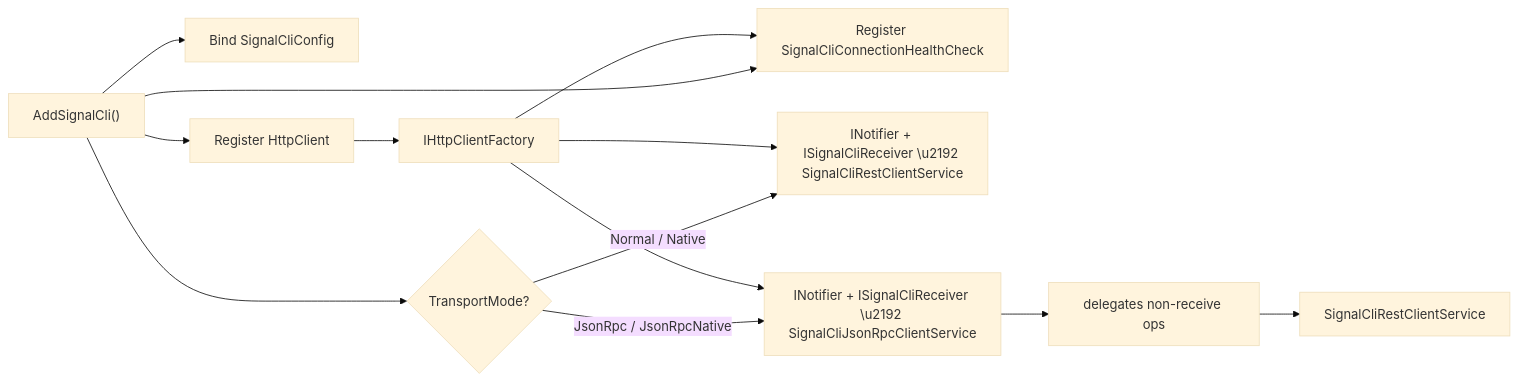
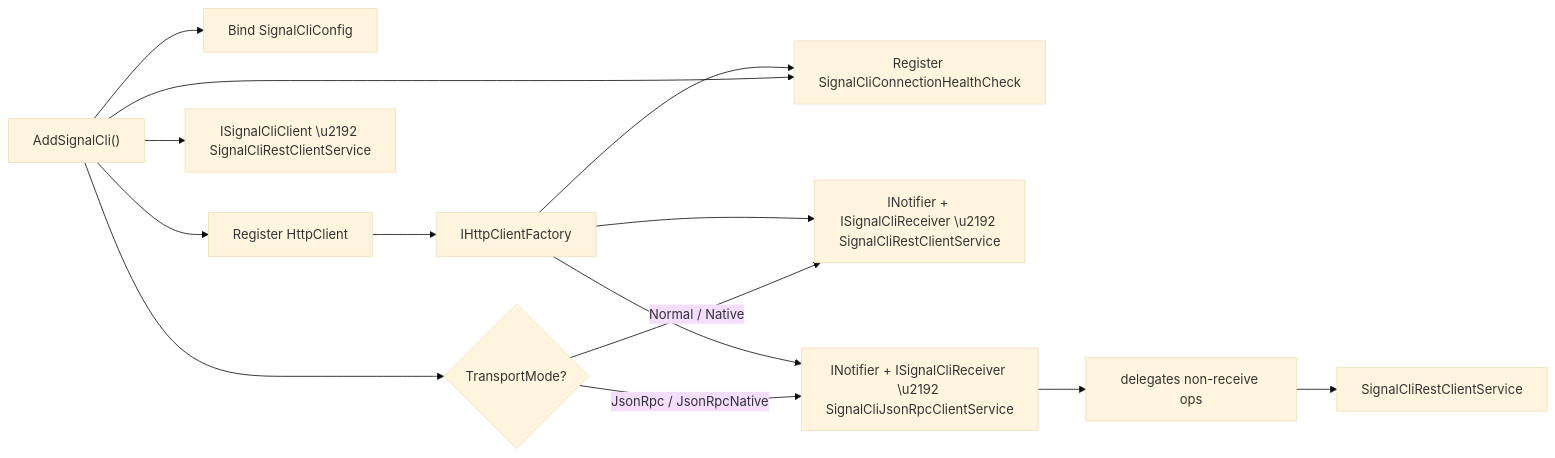
Before and after one commit to f2calv/SmartHaus: the second of 2 diagrams in src/CasCap.Api.SignalCli/README.md, drawn with Mermaid (base theme). The commit also changed other lines of this file and 4 other files, not shown here.

First line of the commit message:
Introduce ISignalCliClient so the REST surface can be substituted

````diff
--- a/src/CasCap.Api.SignalCli/README.md
+++ b/src/CasCap.Api.SignalCli/README.md
@@ -326,15 +340,16 @@
 ```mermaid
 flowchart LR
     A["AddSignalCli()"] --> B["Bind SignalCliConfig"]
     A --> C["Register HttpClient"]
+    A --> J["ISignalCliClient \u2192 SignalCliRestClientService"]
     A --> D{"TransportMode?"}
     A --> E["Register SignalCliConnectionHealthCheck"]
     D -->|Normal / Native| F["INotifier + ISignalCliReceiver \u2192 SignalCliRestClientService"]
     D -->|JsonRpc / JsonRpcNative| G["INotifier + ISignalCliReceiver \u2192 SignalCliJsonRpcClientService"]
     G --> H["delegates non-receive ops"]
     H --> F2["SignalCliRestClientService"]
     C --> I["IHttpClientFactory"]
     I --> F
     I --> G
     I --> E
 ```
````
